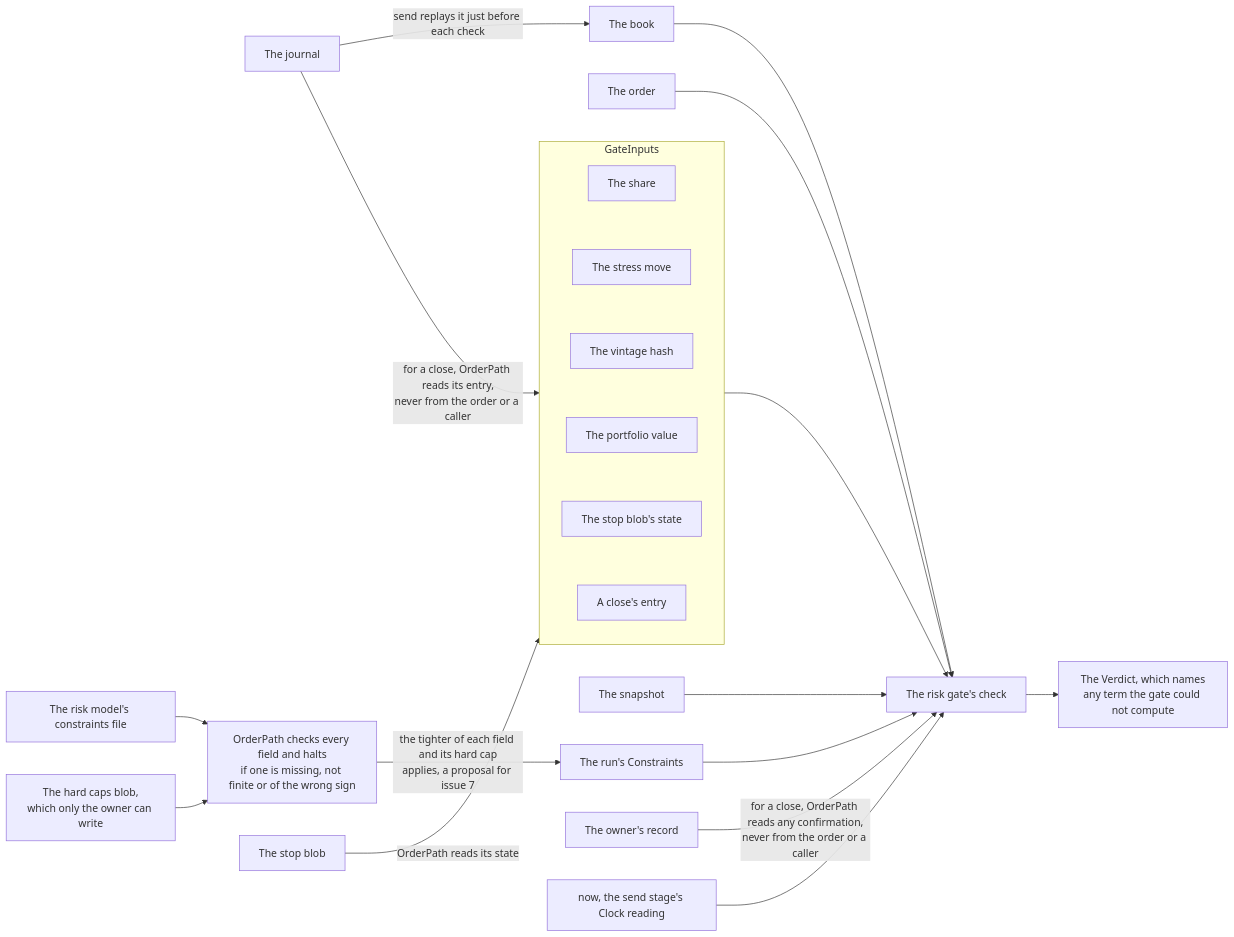
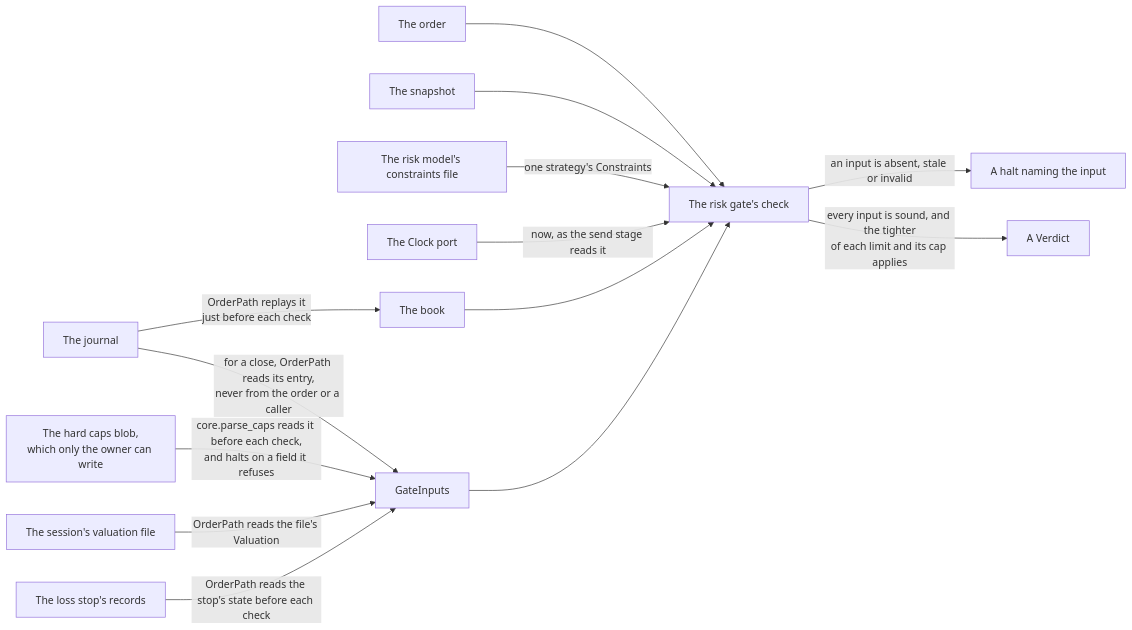
Before and after one commit to l3a0/ithildin-runtime: the sixth of 7 diagrams in docs/architecture/05-building-blocks.md, drawn with Mermaid. The commit also changed other lines of this file and 36 other files, not shown here.

First line of the commit message:
feat(risk): the risk gate, its seven limits and the day's loss reading (#126)

````diff
--- a/docs/architecture/05-building-blocks.md
+++ b/docs/architecture/05-building-blocks.md
@@ -955,40 +1031,29 @@
 ```mermaid
 flowchart LR
     order["The order"]
+    snapshot["The snapshot"]
+    file["The risk model's constraints file"]
+    now["The Clock port"]
     journal["The journal"]
     book["The book"]
-    snapshot["The snapshot"]
-    file["The risk model's constraints file"]
+    inputs["GateInputs"]
     caps["The hard caps blob,<br/>which only the owner can write"]
-    checked["OrderPath checks every field and halts<br/>if one is missing, not finite or of the wrong sign"]
-    constraints["The run's Constraints"]
-    stop["The stop blob"]
-    owner["The owner's record"]
-    now["now, the send stage's Clock reading"]
-    subgraph inputs["GateInputs"]
-        direction TB
-        share["The share"]
-        stress["The stress move"]
-        vintage["The vintage hash"]
-        value["The portfolio value"]
-        stopstate["The stop blob's state"]
-        closeentry["A close's entry"]
-        share ~~~ stress ~~~ vintage ~~~ value ~~~ stopstate ~~~ closeentry
-    end
+    v["The session's valuation file"]
+    stop["The loss stop's records"]
     gate["The risk gate's check"]
-    verdict["The Verdict, which names<br/>any term the gate could not compute"]
-    journal -->|"send replays it just before each check"| book
-    file --> checked
-    caps --> checked
-    checked -->|"the tighter of each field and its hard cap<br/>applies, a proposal for issue 7"| constraints
-    stop -->|"OrderPath reads its state"| inputs
+    verdict["A Verdict"]
+    halt["A halt naming the input"]
+    order --> gate
+    snapshot --> gate
+    file -->|"one strategy's Constraints"| gate
+    now -->|"now, as the send stage reads it"| gate
+    book --> gate
+    inputs --> gate
+    journal -->|"OrderPath replays it<br/>just before each check"| book
     journal -->|"for a close, OrderPath reads its entry,<br/>never from the order or a caller"| inputs
-    owner -->|"for a close, OrderPath reads any confirmation,<br/>never from the order or a caller"| gate
-    order --> gate
-    book --> gate
-    snapshot --> gate
-    constraints --> gate
-    inputs --> gate
-    now --> gate
-    gate --> verdict
+    caps -->|"core.parse_caps reads it before each check,<br/>and halts on a field it refuses"| inputs
+    v -->|"OrderPath reads the file's Valuation"| inputs
+    stop -->|"OrderPath reads the stop's state before each check"| inputs
+    gate -->|"an input is absent, stale or invalid"| halt
+    gate -->|"every input is sound, and the tighter<br/>of each limit and its cap applies"| verdict
 ```
````
